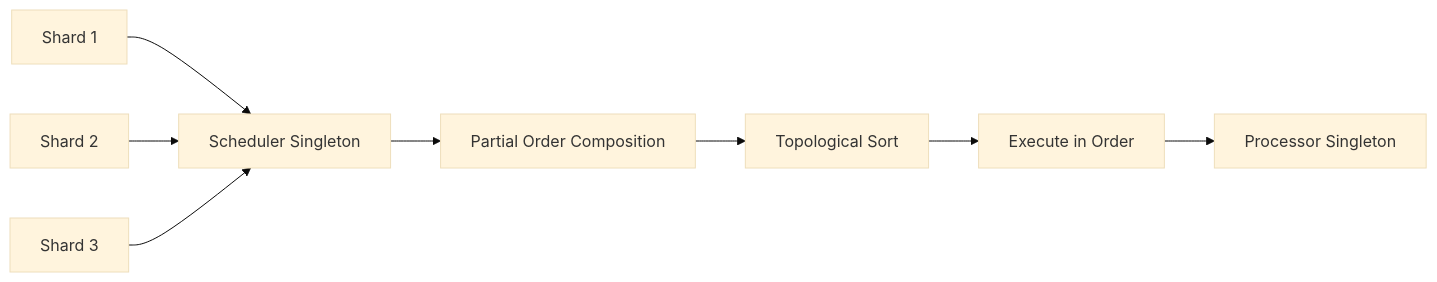
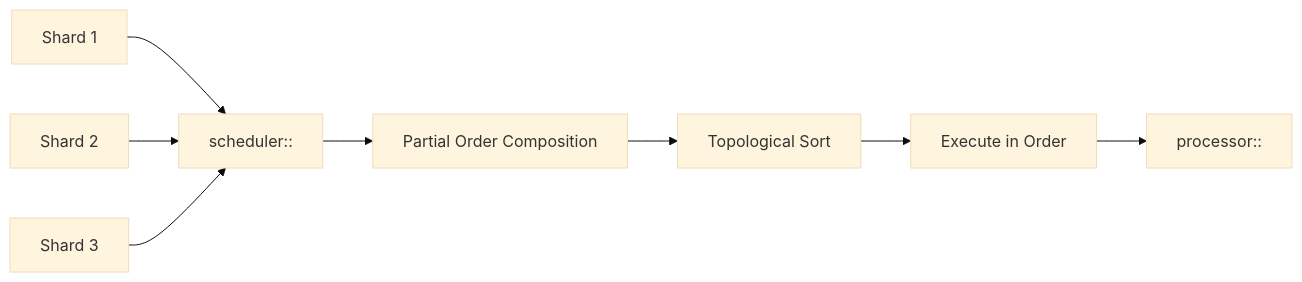
Before and after one commit to timewave-computer/valence-solana: the fifth of 19 diagrams in docs/003-data-flow.md, drawn with Mermaid (base theme). The commit also changed other lines of this file and 70 other files, not shown here.

````diff
--- a/docs/003-data-flow.md
+++ b/docs/003-data-flow.md
@@ -110,12 +118,12 @@
 ```mermaid
 flowchart LR
-    A[Shard 1] --> S[Scheduler Singleton]
+    A[Shard 1] --> S[scheduler::]
     B[Shard 2] --> S
     C[Shard 3] --> S
     
     S --> D[Partial Order Composition]
     D --> E[Topological Sort]
     E --> F[Execute in Order]
     
-    F --> P[Processor Singleton]
+    F --> P[processor::]
 ```
````
